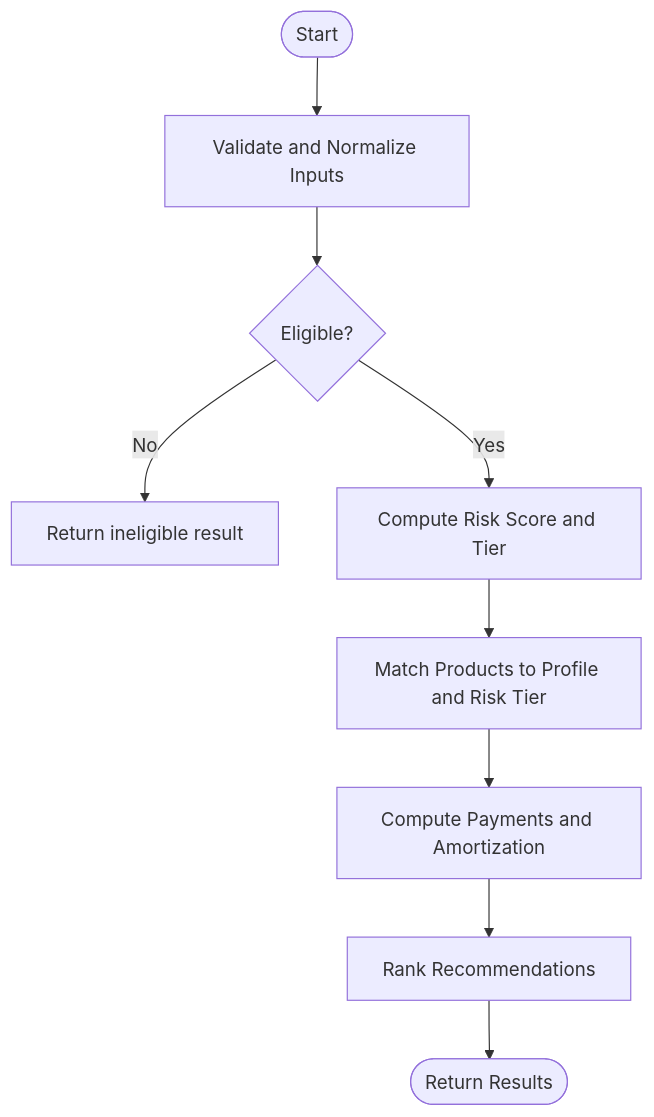
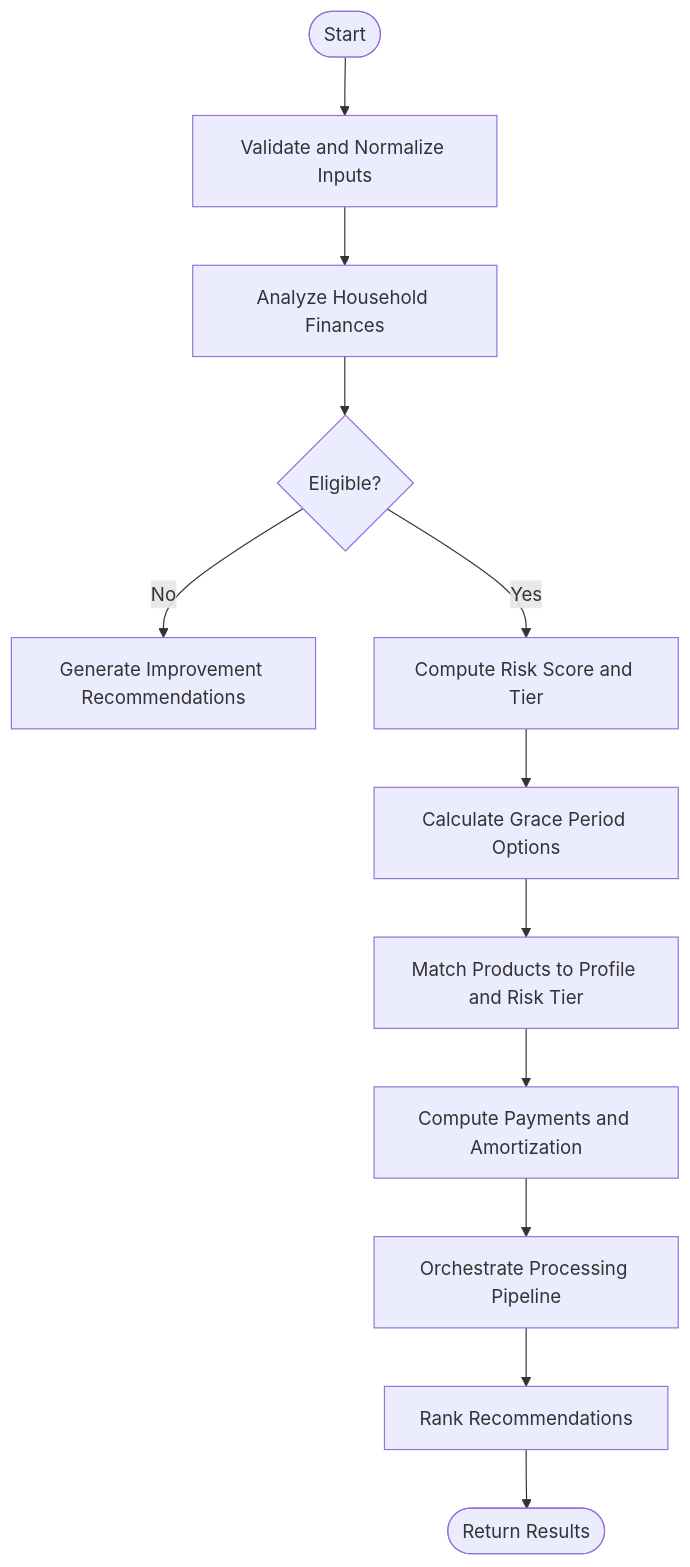
One commit to alibaba-hackathon-fsi/frontend-vaya changed the third of 13 diagrams in .qoder/repowiki/en/content/Loan Engine/Loan Engine.md. Above: the diagram before and after it, drawn with Mermaid. The commit also changed other lines of this file and 77 other files, not shown here.

````diff
--- a/.qoder/repowiki/en/content/Loan Engine/Loan Engine.md
+++ b/.qoder/repowiki/en/content/Loan Engine/Loan Engine.md
@@ -160,11 +202,14 @@
 ```mermaid
 flowchart TD
 Start(["Start"]) --> Validate["Validate and Normalize Inputs"]
-Validate --> Eligible{"Eligible?"}
-Eligible --> |No| Reject["Return ineligible result"]
+Validate --> Household["Analyze Household Finances"]
+Household --> Eligible{"Eligible?"}
+Eligible --> |No| Recommend["Generate Improvement Recommendations"]
 Eligible --> |Yes| Risk["Compute Risk Score and Tier"]
-Risk --> Match["Match Products to Profile and Risk Tier"]
+Risk --> Grace["Calculate Grace Period Options"]
+Grace --> Match["Match Products to Profile and Risk Tier"]
 Match --> Calculate["Compute Payments and Amortization"]
-Calculate --> Rank["Rank Recommendations"]
+Calculate --> Pipeline["Orchestrate Processing Pipeline"]
+Pipeline --> Rank["Rank Recommendations"]
 Rank --> Return(["Return Results"])
 ```
````
